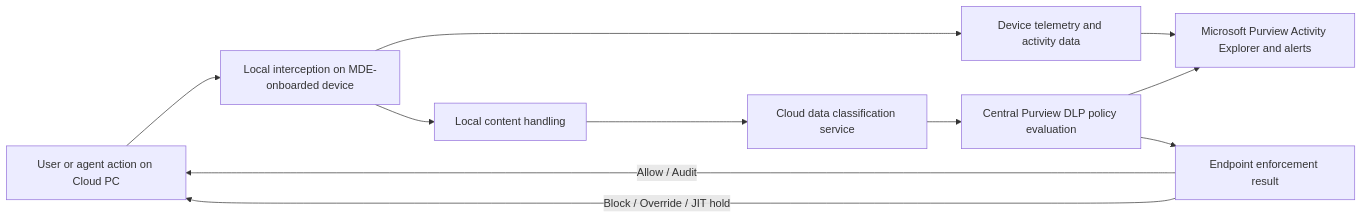
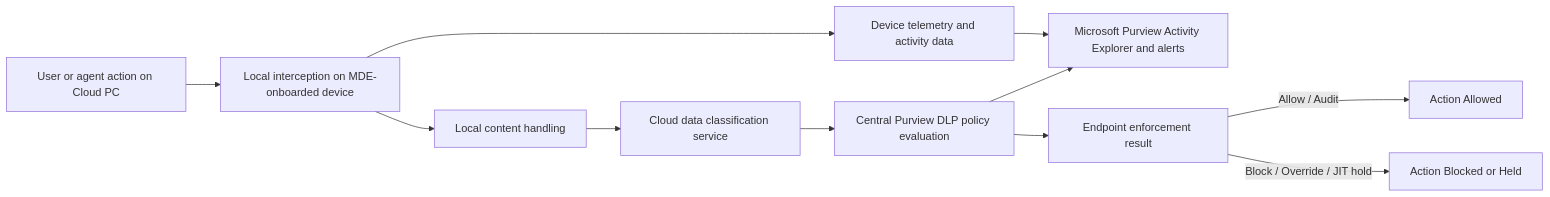
One commit to kkaminsk/W365ClawBook changed the first of 2 diagrams in chapters/ch38-purview-data-protection.md. Above: the diagram before and after it, drawn with Mermaid. The commit also changed other lines of this file and 40 other files, not shown here.

````diff
--- a/chapters/ch38-purview-data-protection.md
+++ b/chapters/ch38-purview-data-protection.md
@@ -25,13 +25,13 @@
 ```mermaid
 flowchart LR
     U[User or agent action on Cloud PC] --> L[Local interception on MDE-onboarded device]
     L --> T[Device telemetry and activity data]
     L --> C[Local content handling]
     T --> P[Microsoft Purview Activity Explorer and alerts]
     C --> S[Cloud data classification service]
     S --> D[Central Purview DLP policy evaluation]
     D --> E[Endpoint enforcement result]
-    E -->|Allow / Audit| U
-    E -->|Block / Override / JIT hold| U
+    E -->|Allow / Audit| ActionAllowed[Action Allowed]
+    E -->|Block / Override / JIT hold| ActionBlocked[Action Blocked or Held]
     D --> P
 ```
````
